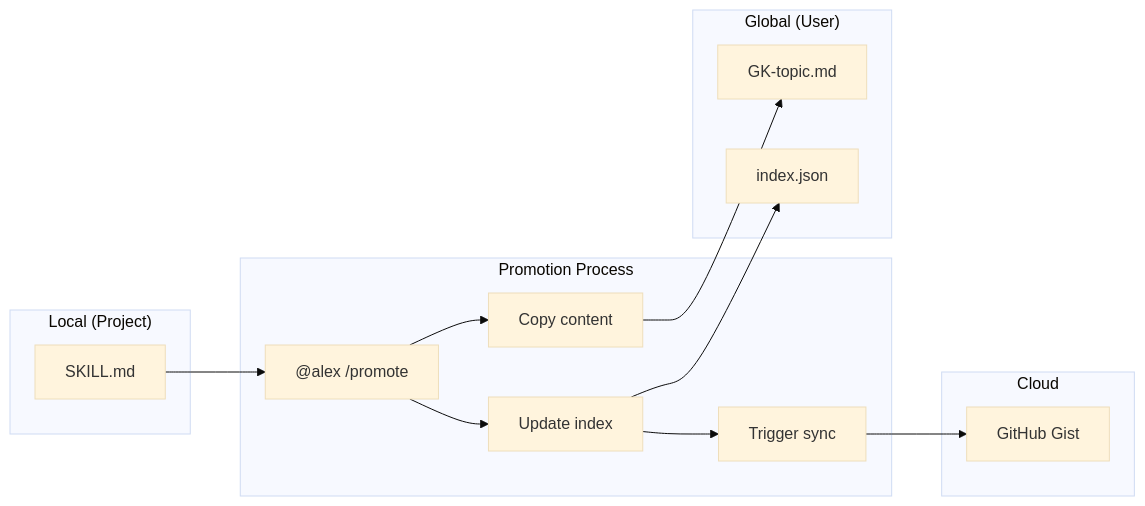
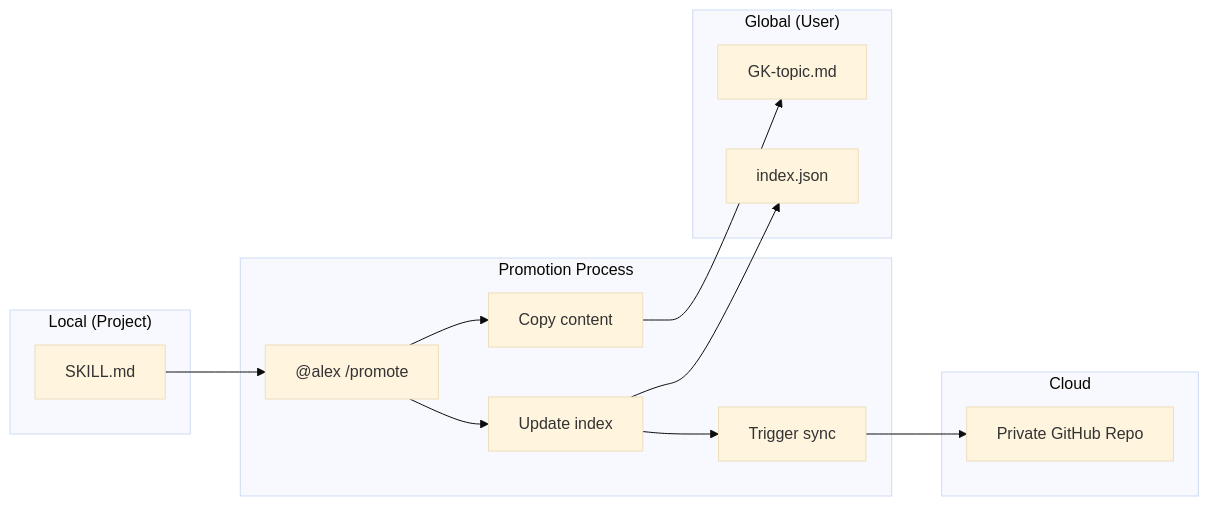
The fourth of 4 diagrams in alex_docs/architecture/MEMORY-SYSTEMS.md (fabioc-aloha/Alex_Plug_In), drawn with Mermaid before and after one commit. The commit also changed other lines of this file and 11 other files, not shown here.

First line of the commit message:
docs: replace GitHub Gist with private GitHub repo throughout

````diff
--- a/alex_docs/architecture/MEMORY-SYSTEMS.md
+++ b/alex_docs/architecture/MEMORY-SYSTEMS.md
@@ -441,31 +441,31 @@
 ```mermaid
 %%{init: {'theme': 'base', 'themeVariables': {'edgeLabelBackground': 'transparent'}}}%%
 flowchart LR
     subgraph "Local (Project)"
         SK[SKILL.md]
     end
 
     subgraph "Promotion Process"
         CMD["@alex /promote"]
         COPY[Copy content]
         INDEX[Update index]
         SYNC[Trigger sync]
     end
 
     subgraph "Global (User)"
         GK[GK-topic.md]
         IDX[index.json]
     end
 
     subgraph "Cloud"
-        GIST[GitHub Gist]
+        GIST[Private GitHub Repo]
     end
 
     SK --> CMD
     CMD --> COPY
     COPY --> GK
     CMD --> INDEX
     INDEX --> IDX
     INDEX --> SYNC
     SYNC --> GIST
 ```
````
